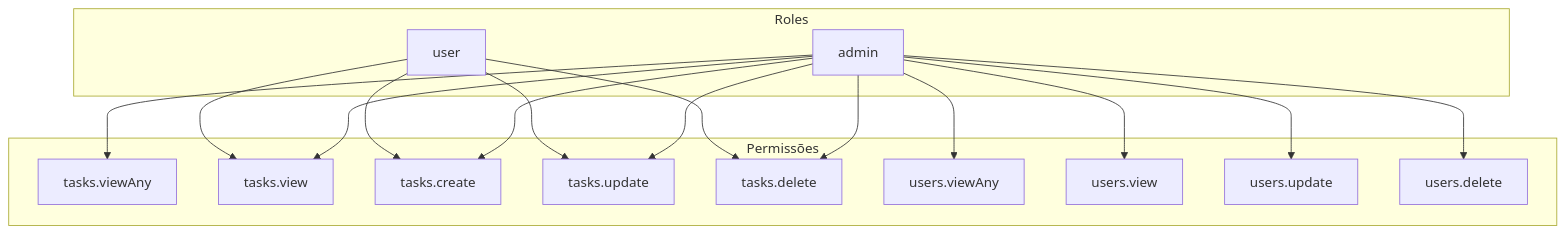
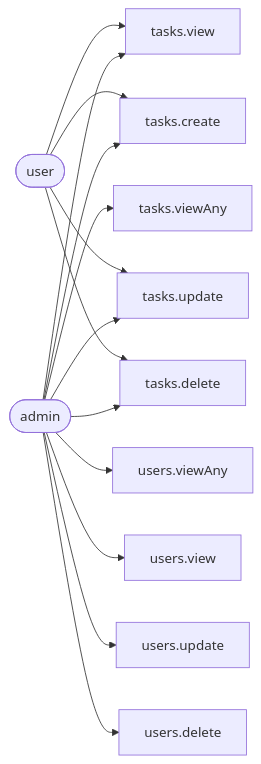
One commit to DarioCampagnaCoutinho/api-tasks changed the first of 4 diagrams in README.md. Above: the diagram before and after it, drawn with Mermaid. The commit also changed other lines of this file, not shown here.

````diff
--- a/README.md
+++ b/README.md
@@ -36,34 +36,17 @@
 ```mermaid
-graph TD
-    subgraph Roles
-        A[admin]
-        B[user]
-    end
+graph LR
+    A([admin]) --> P1[tasks.viewAny]
+    A --> P2[tasks.view]
+    A --> P3[tasks.create]
+    A --> P4[tasks.update]
+    A --> P5[tasks.delete]
+    A --> P6[users.viewAny]
+    A --> P7[users.view]
+    A --> P8[users.update]
+    A --> P9[users.delete]
 
-    subgraph Permissões
-        P1[tasks.viewAny]
-        P2[tasks.view]
-        P3[tasks.create]
-        P4[tasks.update]
-        P5[tasks.delete]
-        P6[users.viewAny]
-        P7[users.view]
-        P8[users.update]
-        P9[users.delete]
-    end
-
-    A --> P1
-    A --> P2
-    A --> P3
-    A --> P4
-    A --> P5
-    A --> P6
-    A --> P7
-    A --> P8
-    A --> P9
-
-    B --> P2
+    B([user]) --> P2
     B --> P3
     B --> P4
     B --> P5
 ```
````
